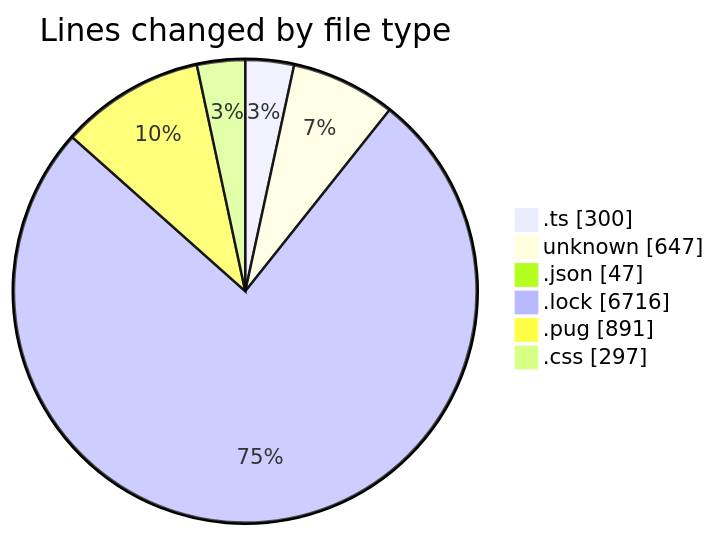
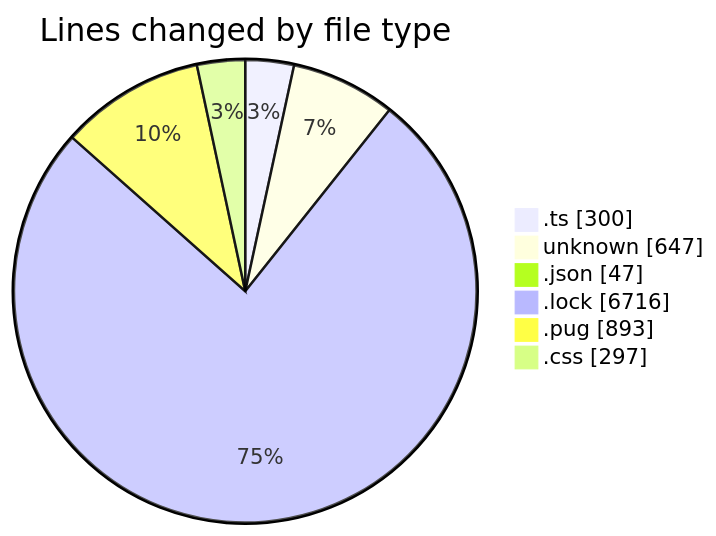
Before and after one commit to momahboobian/code-tracking: the first of 2 diagrams in 2026-05-22/cda/README.md, drawn with Mermaid. The commit also changed other lines of this file and 1 other file, not shown here.

````diff
--- a/2026-05-22/cda/README.md
+++ b/2026-05-22/cda/README.md
@@ -30,10 +30,10 @@
 ```mermaid
 pie showData
 title Lines changed by file type
 ".ts" : 300
 "unknown" : 647
 ".json" : 47
 ".lock" : 6716
-".pug" : 891
+".pug" : 893
 ".css" : 297
 ```
````
